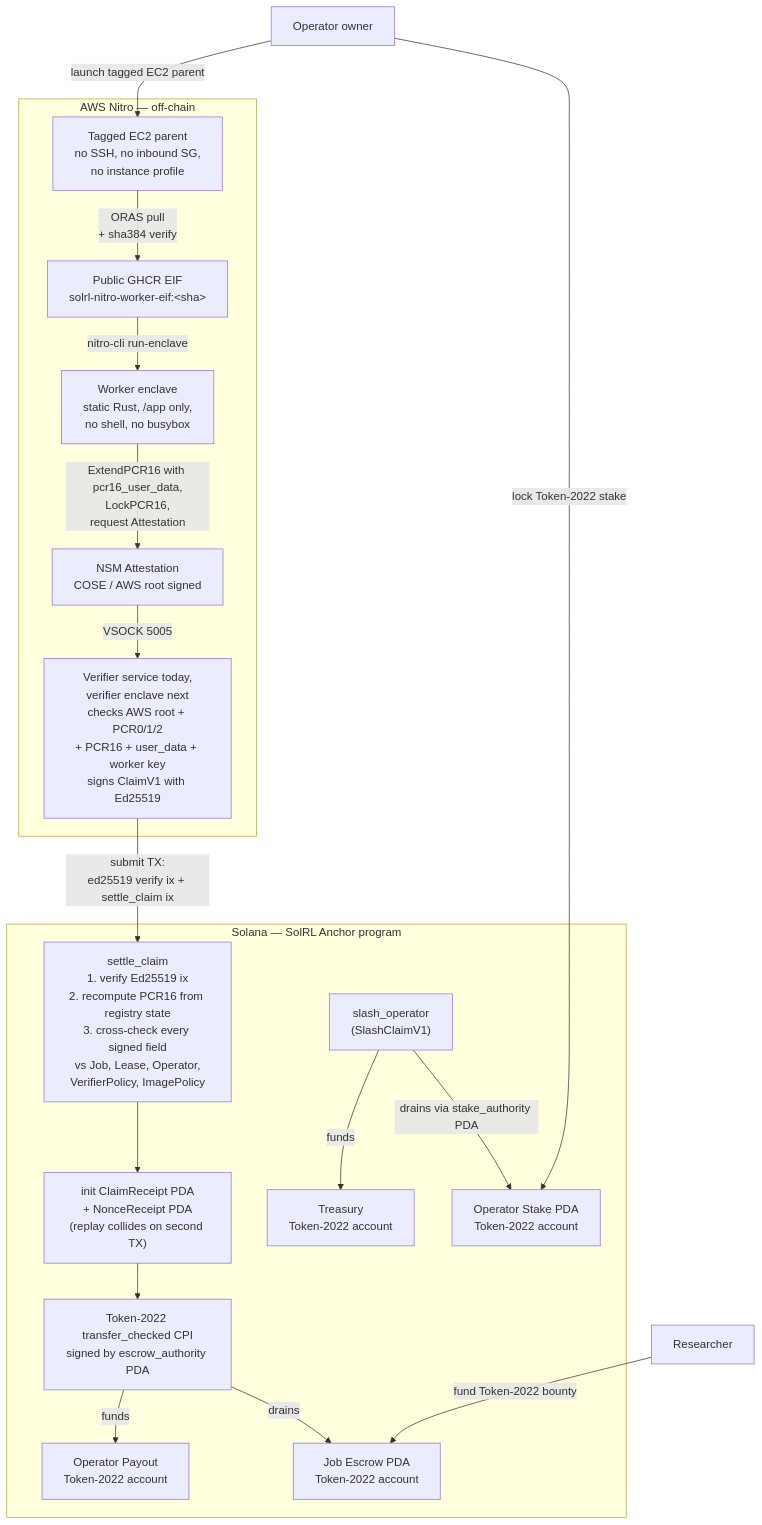
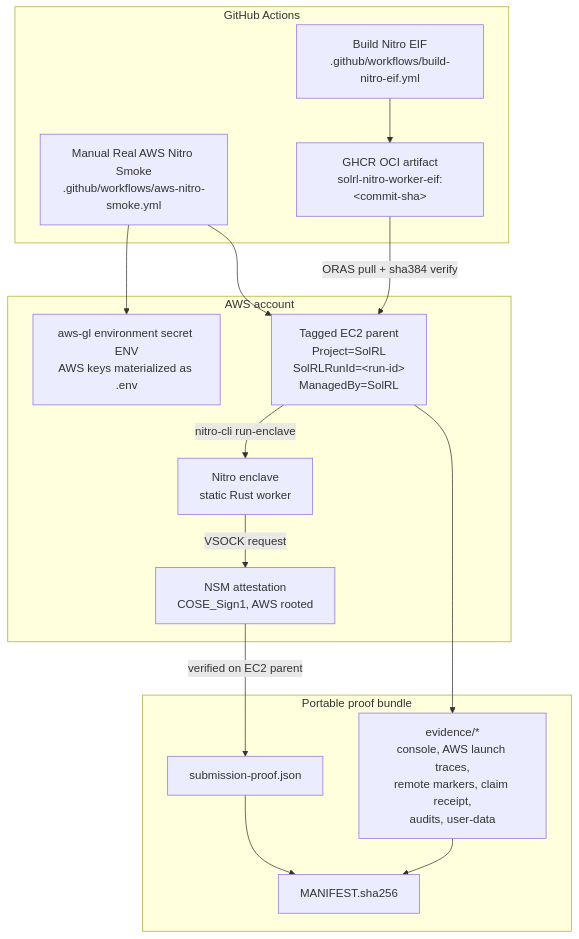
Before and after one commit to arakoodev/SolRL: the second of 7 diagrams in why.md, drawn with Mermaid. The commit also changed other lines of this file, not shown here.

Commit message:
Rewrite SolRL proof narrative

````diff
--- a/why.md
+++ b/why.md
@@ -41,36 +58,32 @@
 ```mermaid
 flowchart TB
-    subgraph offchain["AWS Nitro — off-chain"]
-        EC2["Tagged EC2 parent<br/>no SSH, no inbound SG,<br/>no instance profile"]
-        EIF["Public GHCR EIF<br/>solrl-nitro-worker-eif:&lt;sha&gt;"]
-        WORKER["Worker enclave<br/>static Rust, /app only,<br/>no shell, no busybox"]
-        ATT["NSM Attestation<br/>COSE / AWS root signed"]
-        VERIFIER["Verifier service today,<br/>verifier enclave next<br/>checks AWS root + PCR0/1/2<br/>+ PCR16 + user_data + worker key<br/>signs ClaimV1 with Ed25519"]
-        EC2 -->|"ORAS pull<br/>+ sha384 verify"| EIF
-        EIF -->|"nitro-cli run-enclave"| WORKER
-        WORKER -->|"ExtendPCR16 with pcr16_user_data,<br/>LockPCR16,<br/>request Attestation"| ATT
-        ATT -->|"VSOCK 5005"| VERIFIER
+    subgraph gha["GitHub Actions"]
+        BUILD["Build Nitro EIF<br/>.github/workflows/build-nitro-eif.yml"]
+        GHCR["GHCR OCI artifact<br/>solrl-nitro-worker-eif:&lt;commit-sha&gt;"]
+        SMOKE["Manual Real AWS Nitro Smoke<br/>.github/workflows/aws-nitro-smoke.yml"]
     end
 
-    subgraph onchain["Solana — SolRL Anchor program"]
-        ESCROW["Job Escrow PDA<br/>Token-2022 account"]
-        STAKE["Operator Stake PDA<br/>Token-2022 account"]
-        SETTLE["settle_claim<br/>1. verify Ed25519 ix<br/>2. recompute PCR16 from registry state<br/>3. cross-check every signed field<br/>vs Job, Lease, Operator,<br/>VerifierPolicy, ImagePolicy"]
-        RECEIPT["init ClaimReceipt PDA<br/>+ NonceReceipt PDA<br/>(replay collides on second TX)"]
-        TC["Token-2022 transfer_checked CPI<br/>signed by escrow_authority PDA"]
-        PAYOUT["Operator Payout<br/>Token-2022 account"]
-        TREASURY["Treasury<br/>Token-2022 account"]
-        SLASH["slash_operator<br/>(SlashClaimV1)"]
-        SETTLE --> RECEIPT
-        RECEIPT --> TC
-        TC -->|"drains"| ESCROW
-        TC -->|"funds"| PAYOUT
-        SLASH -->|"drains via stake_authority PDA"| STAKE
-        SLASH -->|"funds"| TREASURY
+    subgraph aws["AWS account"]
+        ENV["aws-gl environment secret ENV<br/>AWS keys materialized as .env"]
+        EC2["Tagged EC2 parent<br/>Project=SolRL<br/>SolRLRunId=&lt;run-id&gt;<br/>ManagedBy=SolRL"]
+        ENCLAVE["Nitro enclave<br/>static Rust worker"]
+        NSM["NSM attestation<br/>COSE_Sign1, AWS rooted"]
     end
 
-    R["Researcher"] -->|"fund Token-2022 bounty"| ESCROW
-    OW["Operator owner"] -->|"lock Token-2022 stake"| STAKE
-    OW -->|"launch tagged EC2 parent"| EC2
-    VERIFIER -->|"submit TX:<br/>ed25519 verify ix + settle_claim ix"| SETTLE
+    subgraph proof["Portable proof bundle"]
+        JSON["submission-proof.json"]
+        MANIFEST["MANIFEST.sha256"]
+        EVIDENCE["evidence/*<br/>console, AWS launch traces,<br/>remote markers, claim receipt,<br/>audits, user-data"]
+    end
+
+    BUILD --> GHCR
+    SMOKE --> ENV
+    SMOKE --> EC2
+    GHCR -->|"ORAS pull + sha384 verify"| EC2
+    EC2 -->|"nitro-cli run-enclave"| ENCLAVE
+    ENCLAVE -->|"VSOCK request"| NSM
+    NSM -->|"verified on EC2 parent"| JSON
+    EC2 --> EVIDENCE
+    JSON --> MANIFEST
+    EVIDENCE --> MANIFEST
 ```
````
